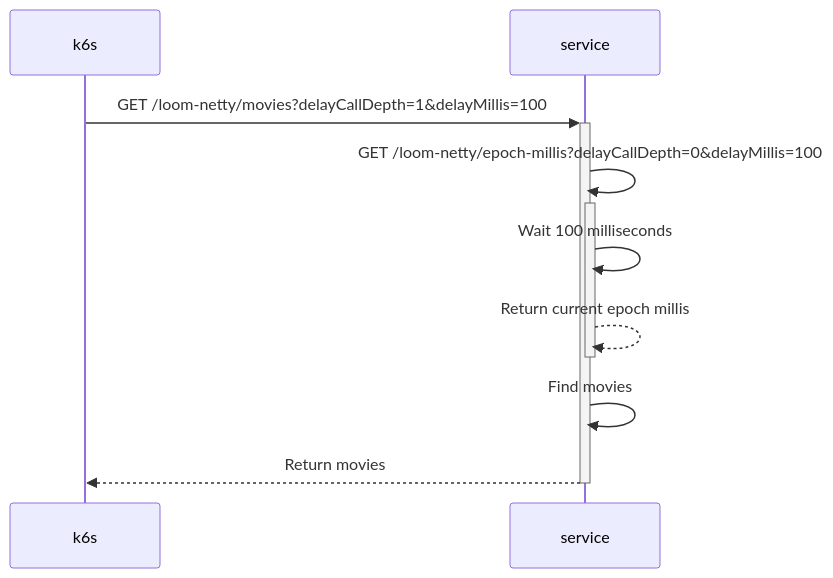
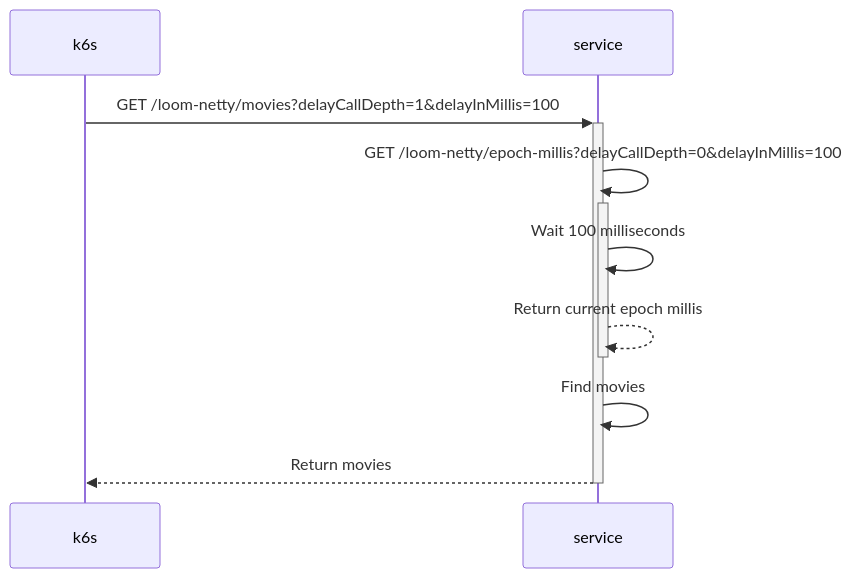
Before and after one commit to chrisgleissner/loom-webflux-benchmarks: the diagram in README.md, drawn with Mermaid. The commit also changed other lines of this file and 298 other files, not shown here.

````diff
--- a/README.md
+++ b/README.md
@@ -98,11 +105,11 @@
 ```mermaid
 sequenceDiagram
     participant k6s
     participant service
-    k6s->>+service: GET /loom-netty/movies?delayCallDepth=1&delayMillis=100
-    service->>+service: GET /loom-netty/epoch-millis?delayCallDepth=0&delayMillis=100
+    k6s->>+service: GET /loom-netty/movies?delayCallDepth=1&delayInMillis=100
+    service->>+service: GET /loom-netty/epoch-millis?delayCallDepth=0&delayInMillis=100
     service->>service: Wait 100 milliseconds
     service-->>-service: Return current epoch millis
     service->>service: Find movies
     service-->>-k6s: Return movies
 ```
````
